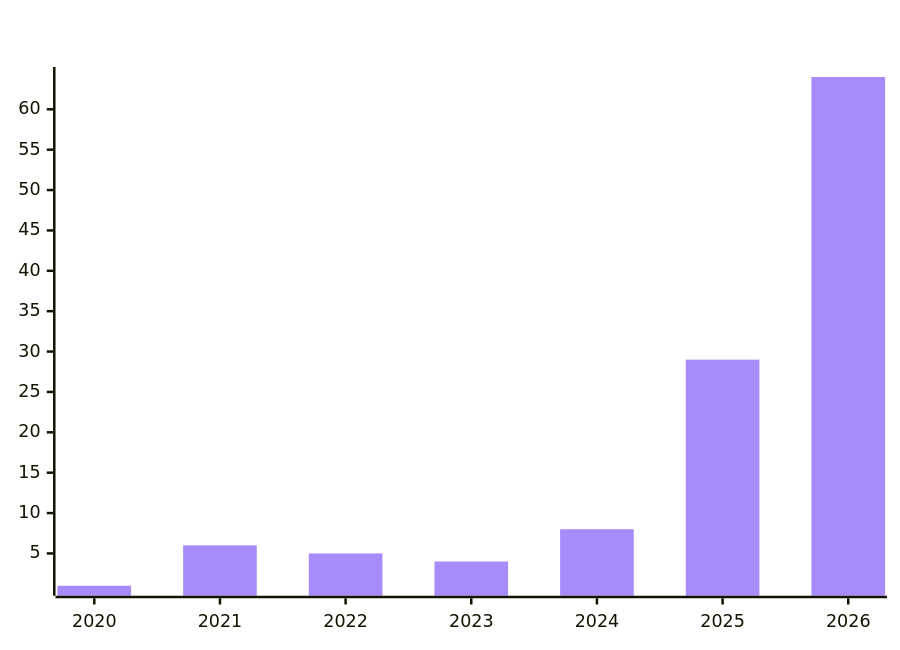
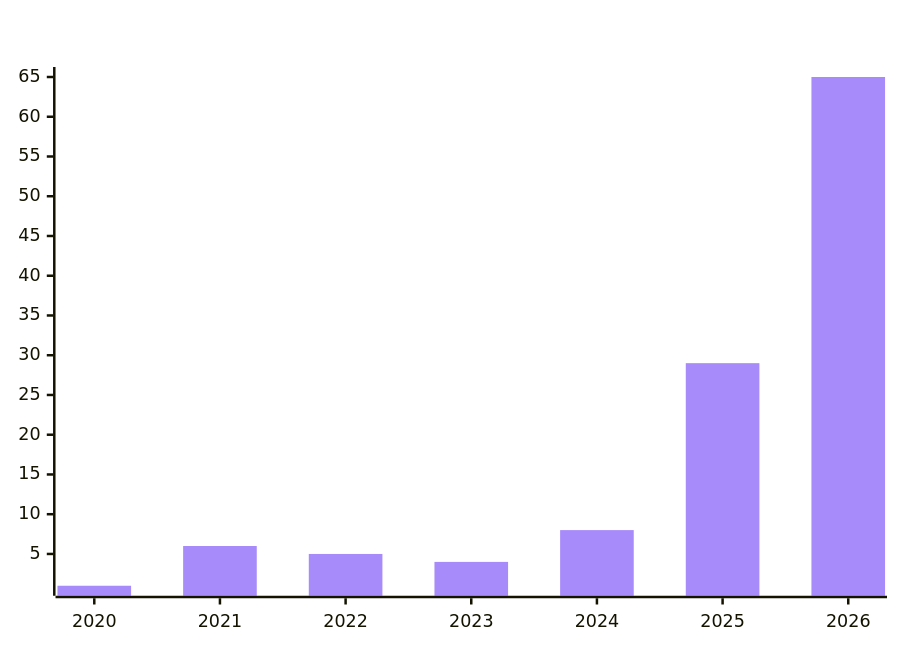
Before and after one commit to polo-nyan/polo-nyan: the sixth of 7 diagrams in README.md, drawn with Mermaid. The commit also changed other lines of this file and 1 other file, not shown here.

````diff
--- a/README.md
+++ b/README.md
@@ -387,7 +387,7 @@
 ```mermaid
 %%{init: {"xyChart": {"titleColor": "#ffffff", "xAxisLabelColor": "#ffffff", "yAxisLabelColor": "#ffffff"}, "themeVariables": {"xyChart": {"titleColor": "#ffffff", "plotColorPalette": "#a78bfa"}}}}%%
 xychart-beta
     title "Repos Created Per Year"
     x-axis ["2020", "2021", "2022", "2023", "2024", "2025", "2026"]
-    bar [1, 6, 5, 4, 8, 29, 64]
+    bar [1, 6, 5, 4, 8, 29, 65]
 ```
````
